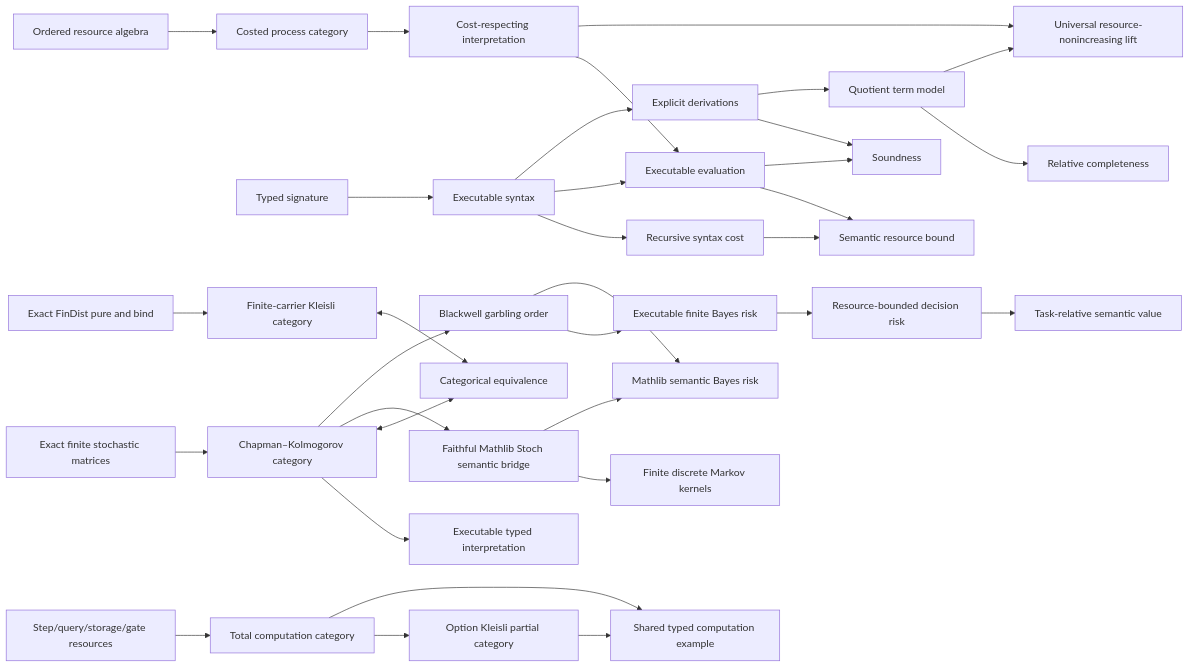
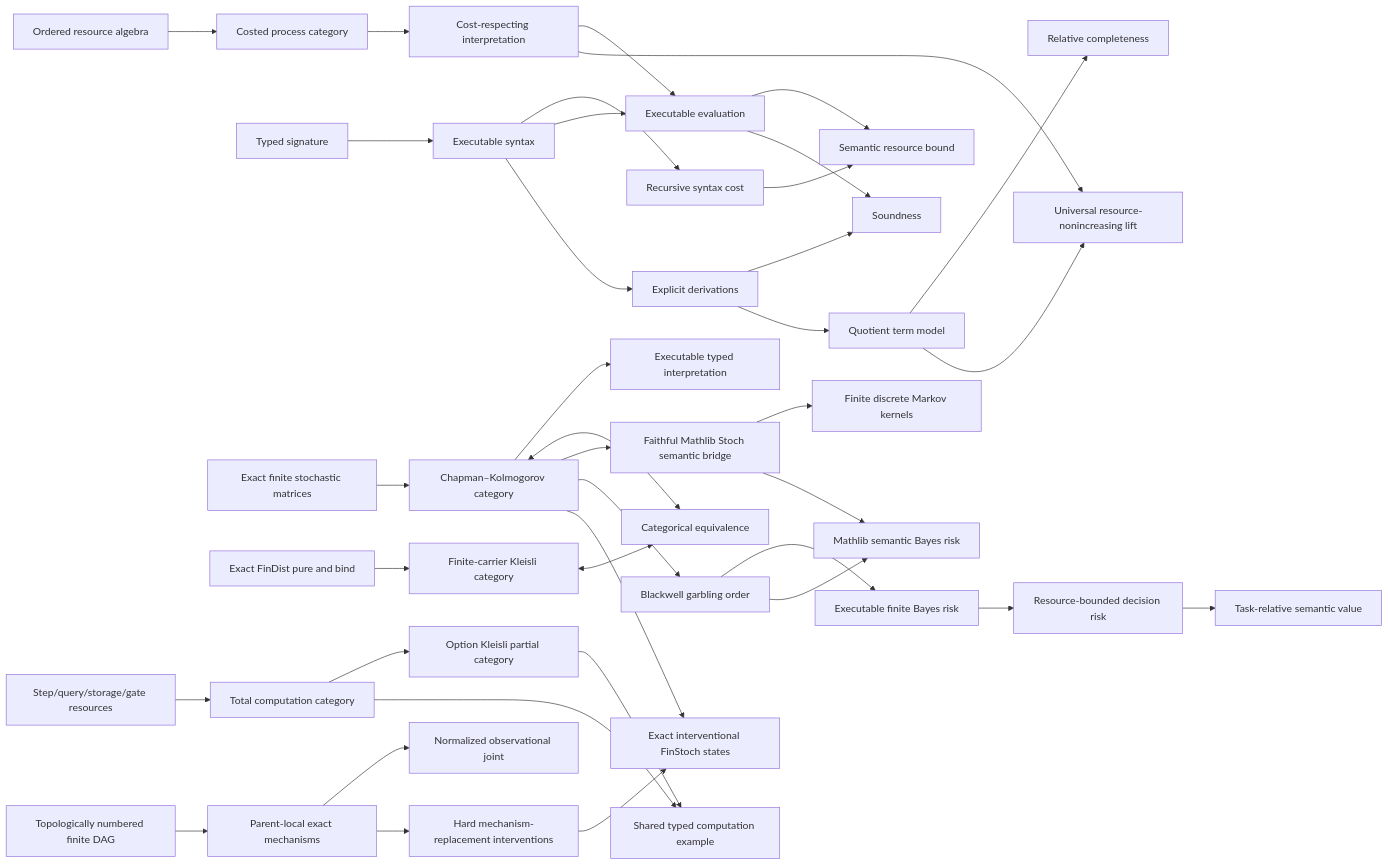
One commit to miuchan/ript changed the diagram in README.md. Above: the diagram before and after it, drawn with Mermaid. The commit also changed other lines of this file and 14 other files, not shown here.

Commit message:
Formalize finite causal interventions

````diff
--- a/README.md
+++ b/README.md
@@ -394,35 +437,40 @@
 ```mermaid
 flowchart LR
   R["Ordered resource algebra"] --> C["Costed process category"]
   S["Typed signature"] --> X["Executable syntax"]
   X --> K["Recursive syntax cost"]
   C --> I["Cost-respecting interpretation"]
   X --> E["Executable evaluation"]
   I --> E
   K --> B["Semantic resource bound"]
   E --> B
   X --> D["Explicit derivations"]
   D --> SO["Soundness"]
   E --> SO
   D --> T["Quotient term model"]
   T --> CO["Relative completeness"]
   I --> U["Universal resource-nonincreasing lift"]
   T --> U
   F["Exact finite stochastic matrices"] --> CK["Chapman–Kolmogorov category"]
   CK --> EX["Executable typed interpretation"]
   FD["Exact FinDist pure and bind"] --> KL["Finite-carrier Kleisli category"]
   CK <--> EQ["Categorical equivalence"]
   KL <--> EQ
   CK --> ST["Faithful Mathlib Stoch semantic bridge"]
   ST --> MT["Finite discrete Markov kernels"]
   CK --> BW["Blackwell garbling order"]
   ST --> SB["Mathlib semantic Bayes risk"]
   BW --> FR["Executable finite Bayes risk"]
   FR --> RR["Resource-bounded decision risk"]
   RR --> SV["Task-relative semantic value"]
   BW --> SB
   CR["Step/query/storage/gate resources"] --> TC["Total computation category"]
   TC --> PC["Option Kleisli partial category"]
   TC --> CE["Shared typed computation example"]
   PC --> CE
+  DAG["Topologically numbered finite DAG"] --> CM["Parent-local exact mechanisms"]
+  CM --> IJ["Normalized observational joint"]
+  CM --> DO["Hard mechanism-replacement interventions"]
+  DO --> IS["Exact interventional FinStoch states"]
+  CK --> IS
 ```
````
